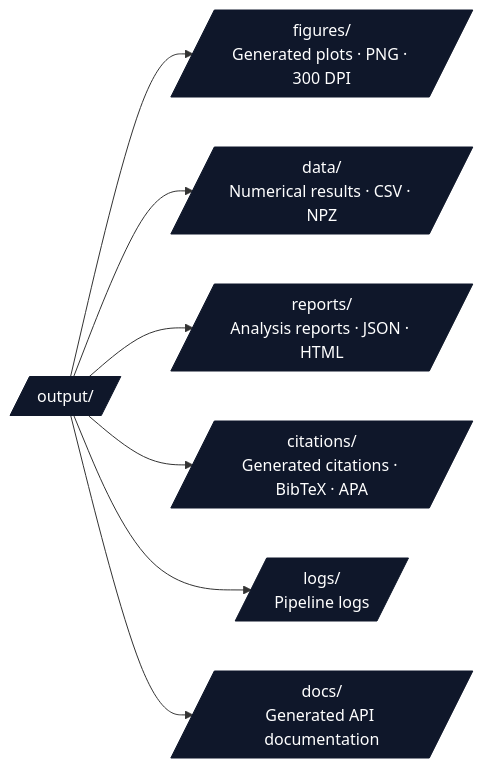
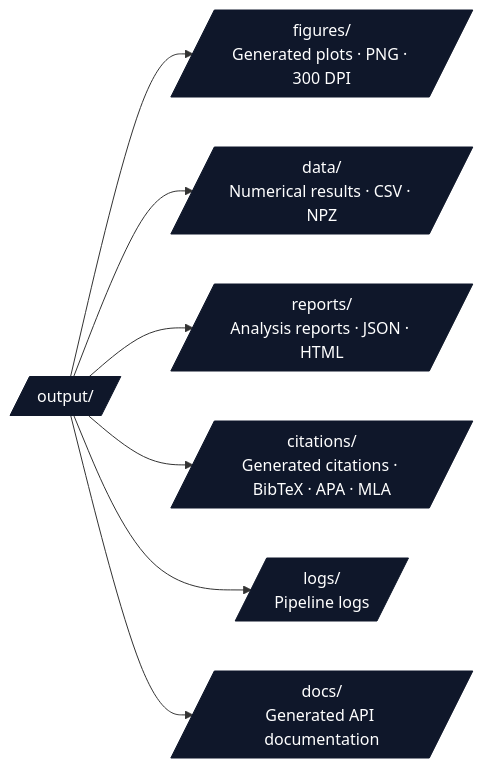
The diagram in projects/template_code_project/scripts/CONVENTIONS.md (docxology/template), drawn with Mermaid before and after one commit. The commit also changed 580 other files, not shown here.

````diff
--- a/projects/template_code_project/scripts/CONVENTIONS.md
+++ b/projects/template_code_project/scripts/CONVENTIONS.md
@@ -68,13 +68,13 @@
 ```mermaid
 flowchart LR
     OUT[/output//]
     OUT --> FIG[/figures/<br/>Generated plots · PNG · 300 DPI/]
     OUT --> DAT[/data/<br/>Numerical results · CSV · NPZ/]
     OUT --> REP[/reports/<br/>Analysis reports · JSON · HTML/]
-    OUT --> CIT[/citations/<br/>Generated citations · BibTeX · APA/]
+    OUT --> CIT[/citations/<br/>Generated citations · BibTeX · APA · MLA/]
     OUT --> LOG[/logs/<br/>Pipeline logs/]
     OUT --> DOC[/docs/<br/>Generated API documentation/]
 
     classDef d fill:#0f172a,stroke:#0f172a,color:#fff
     class OUT,FIG,DAT,REP,CIT,LOG,DOC d
 ```
````
